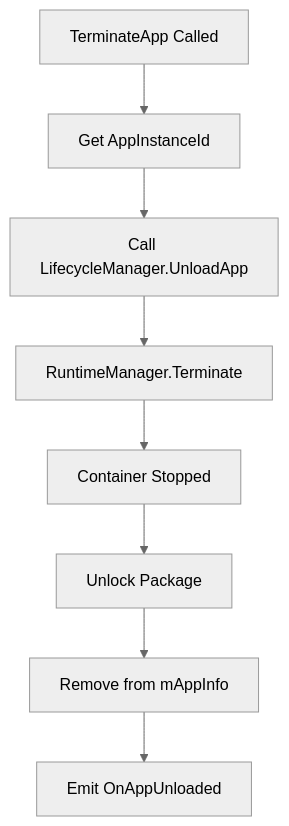
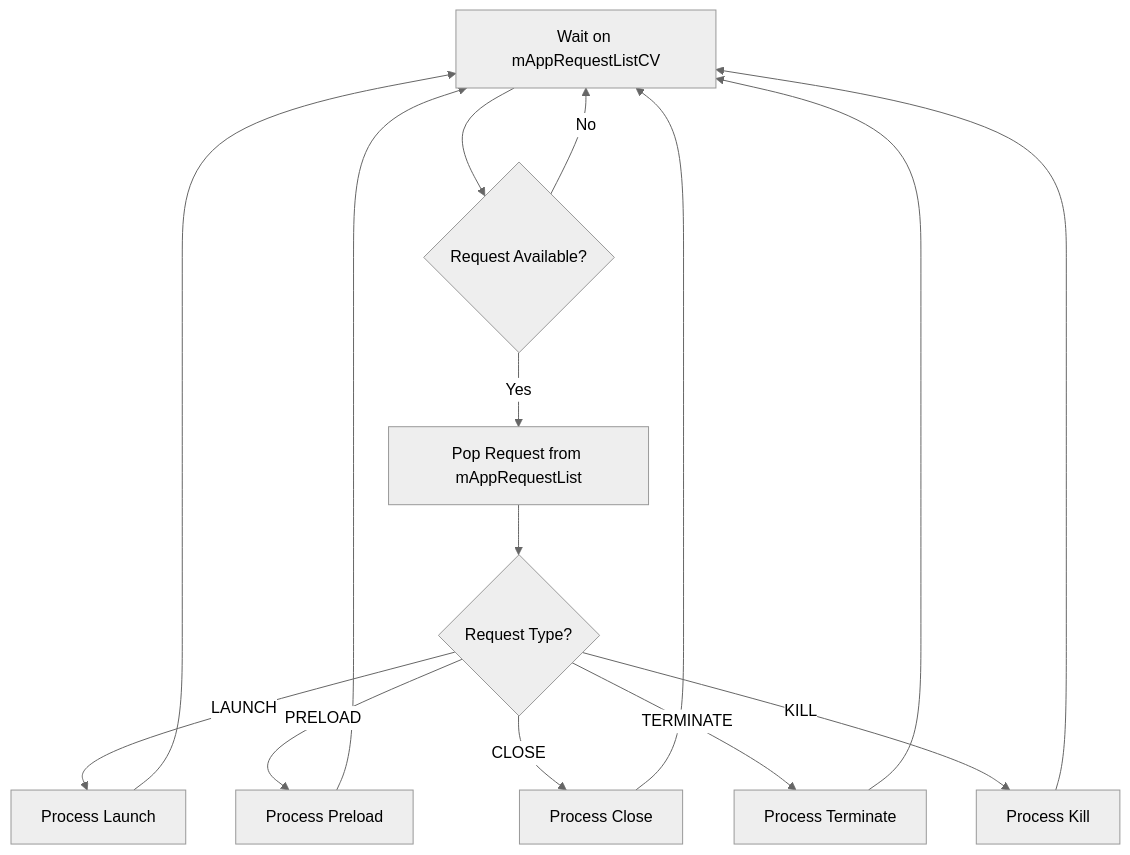
The sixth of 8 diagrams in AppManager/AppManager.md (rdkcentral/entservices-appmanagers), drawn with Mermaid (neutral theme) before and after one commit. The commit also changed other lines of this file and 19 other files, not shown here.

````diff
--- a/AppManager/AppManager.md
+++ b/AppManager/AppManager.md
@@ -226,10 +444,17 @@
 ```mermaid
 flowchart TD
-    A[TerminateApp Called] --> B[Get AppInstanceId]
-    B --> C[Call LifecycleManager.UnloadApp]
-    C --> D[RuntimeManager.Terminate]
-    D --> E[Container Stopped]
-    E --> F[Unlock Package]
-    F --> G[Remove from mAppInfo]
-    G --> H[Emit OnAppUnloaded]
+    A[Wait on mAppRequestListCV] --> B{Request Available?}
+    B -->|No| A
+    B -->|Yes| C[Pop Request from mAppRequestList]
+    C --> D{Request Type?}
+    D -->|LAUNCH| E[Process Launch]
+    D -->|PRELOAD| F[Process Preload]
+    D -->|CLOSE| G[Process Close]
+    D -->|TERMINATE| H[Process Terminate]
+    D -->|KILL| I[Process Kill]
+    E --> A
+    F --> A
+    G --> A
+    H --> A
+    I --> A
 ```
````
